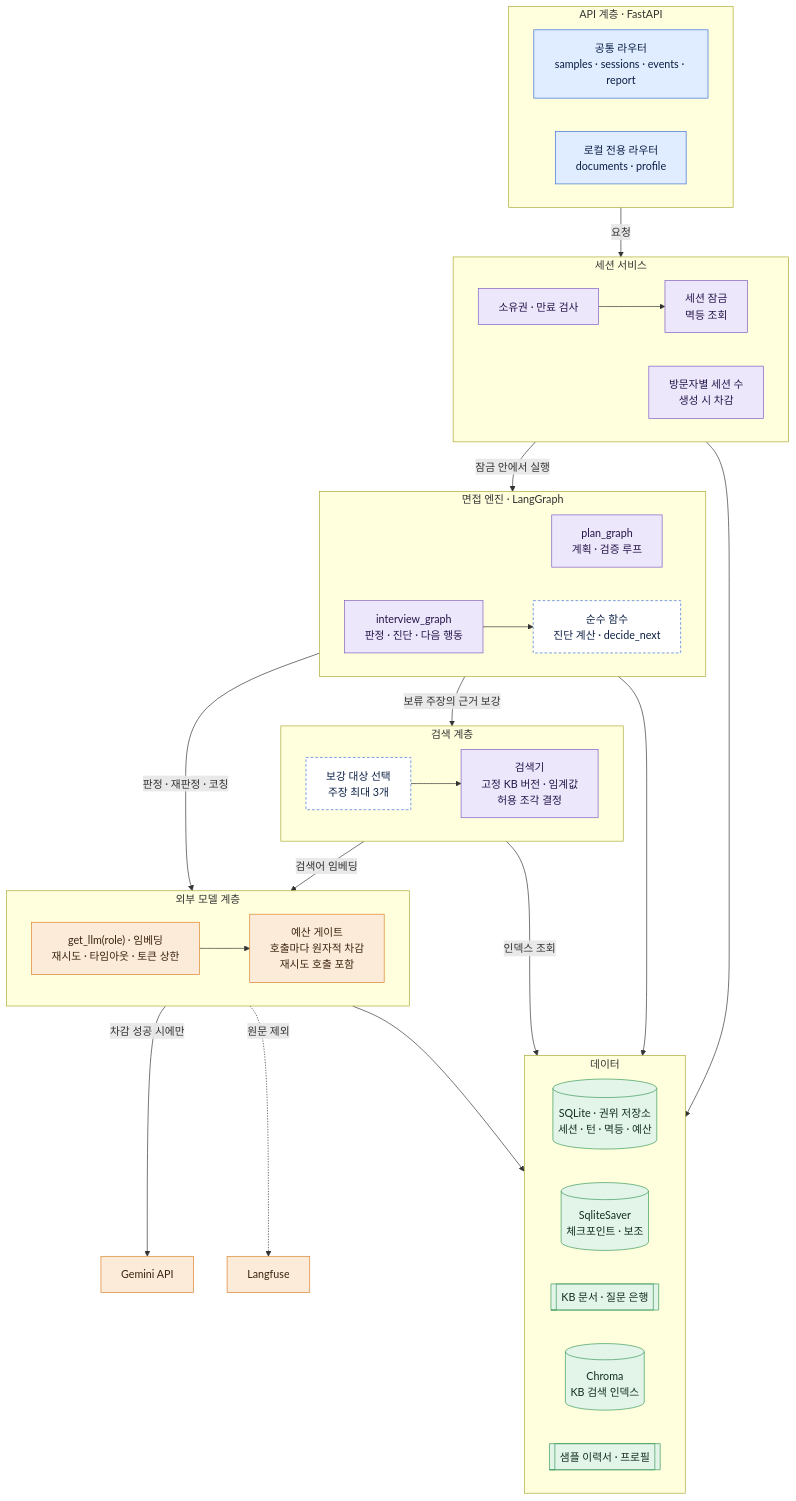
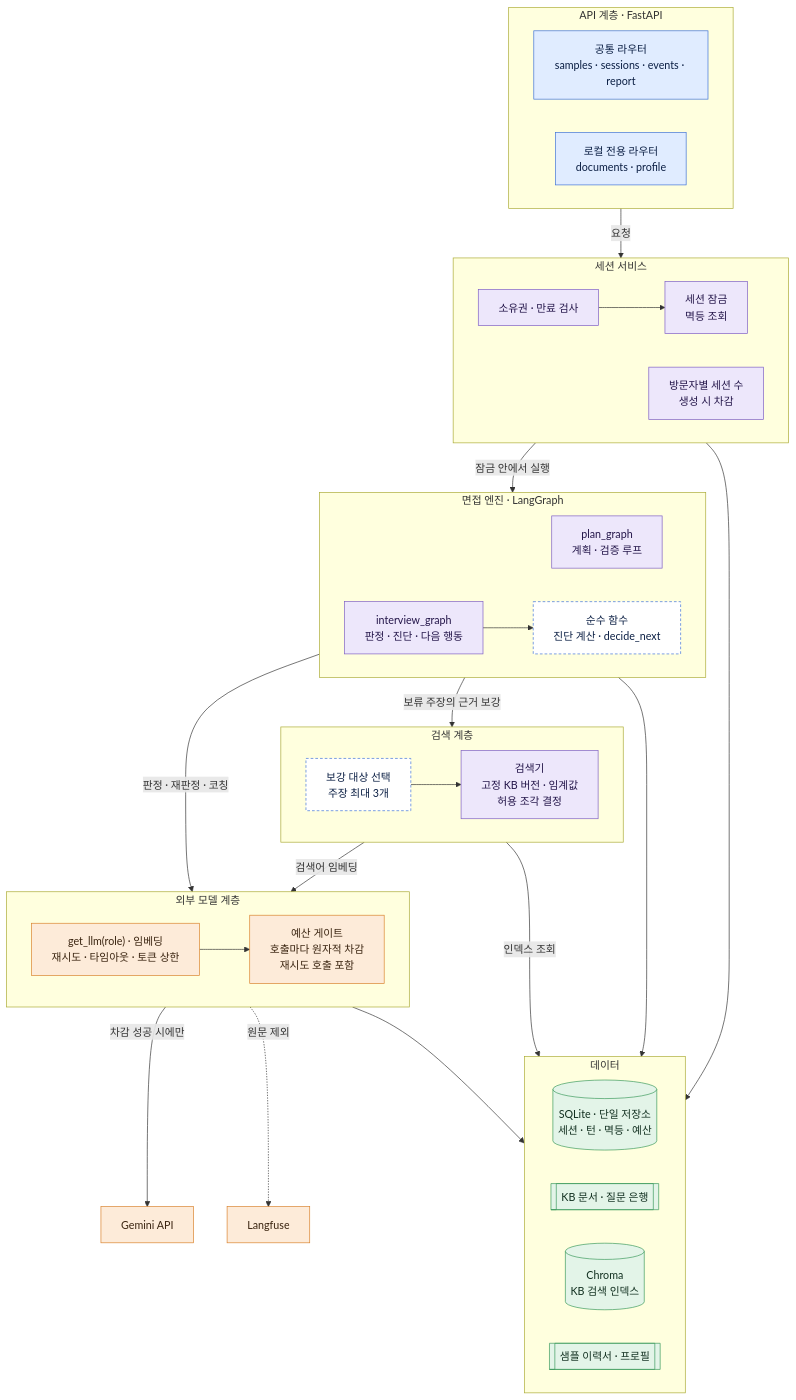
One commit to jiyoung720/ai-interview-coach changed the third of 6 diagrams in docs/design_v2.md. Above: the diagram before and after it, drawn with Mermaid. The commit also changed other lines of this file and 7 other files, not shown here.

````diff
--- a/docs/design_v2.md
+++ b/docs/design_v2.md
@@ -653,65 +667,64 @@
 ```mermaid
 flowchart TB
     subgraph API["API 계층 · FastAPI"]
         direction LR
         RC["공통 라우터<br/>samples · sessions · events · report"]
         RL["로컬 전용 라우터<br/>documents · profile"]
     end
 
     subgraph SVC["세션 서비스"]
         direction LR
         OWN["소유권 · 만료 검사"] --> LOCK["세션 잠금<br/>멱등 조회"]
         VC["방문자별 세션 수<br/>생성 시 차감"]
     end
 
     subgraph ENG["면접 엔진 · LangGraph"]
         direction LR
         PG["plan_graph<br/>계획 · 검증 루프"]
         IG["interview_graph<br/>판정 · 진단 · 다음 행동"] --> PURE["순수 함수<br/>진단 계산 · decide_next"]
     end
 
     subgraph RETR["검색 계층"]
         direction LR
         SEL["보강 대상 선택<br/>주장 최대 3개"] --> RT["검색기<br/>고정 KB 버전 · 임계값<br/>허용 조각 결정"]
     end
 
     subgraph LLMLAYER["외부 모델 계층"]
         direction LR
         GL["get_llm(role) · 임베딩<br/>재시도 · 타임아웃 · 토큰 상한"] --> BUD["예산 게이트<br/>호출마다 원자적 차감<br/>재시도 호출 포함"]
     end
 
     subgraph DATA["데이터"]
         direction LR
-        SQL[("SQLite · 권위 저장소<br/>세션 · 턴 · 멱등 · 예산")]
-        CK[("SqliteSaver<br/>체크포인트 · 보조")]
+        SQL[("SQLite · 단일 저장소<br/>세션 · 턴 · 멱등 · 예산")]
         KB[["KB 문서 · 질문 은행"]]
         IDX[("Chroma<br/>KB 검색 인덱스")]
         SMP[["샘플 이력서 · 프로필"]]
     end
 
     GEMINI["Gemini API"]
     TRACE["Langfuse"]
 
     API -->|"요청"| SVC
     SVC -->|"잠금 안에서 실행"| ENG
     ENG -->|"판정 · 재판정 · 코칭"| LLMLAYER
     ENG -->|"보류 주장의 근거 보강"| RETR
     RETR -->|"검색어 임베딩"| LLMLAYER
     LLMLAYER -->|"차감 성공 시에만"| GEMINI
     LLMLAYER -.->|"원문 제외"| TRACE
     SVC --> DATA
     ENG --> DATA
     RETR -->|"인덱스 조회"| DATA
     LLMLAYER --> DATA
 
     classDef api fill:#E0ECFF,stroke:#3B6FD8,color:#0B1F44
     classDef svc fill:#EDE7FB,stroke:#7C5CC4,color:#24164A
     classDef pure fill:#FFFFFF,stroke:#3B6FD8,color:#0B1F44,stroke-dasharray:4 3
     classDef llm fill:#FDEBD9,stroke:#D9822B,color:#3A2410
     classDef store fill:#E3F4E8,stroke:#3A9A5B,color:#123020
     class RC,RL api
     class OWN,LOCK,VC,PG,IG,RT svc
     class PURE,SEL pure
     class GL,BUD,GEMINI,TRACE llm
-    class SQL,CK,KB,SMP,IDX store
+    class SQL,KB,SMP,IDX store
 ```
````
